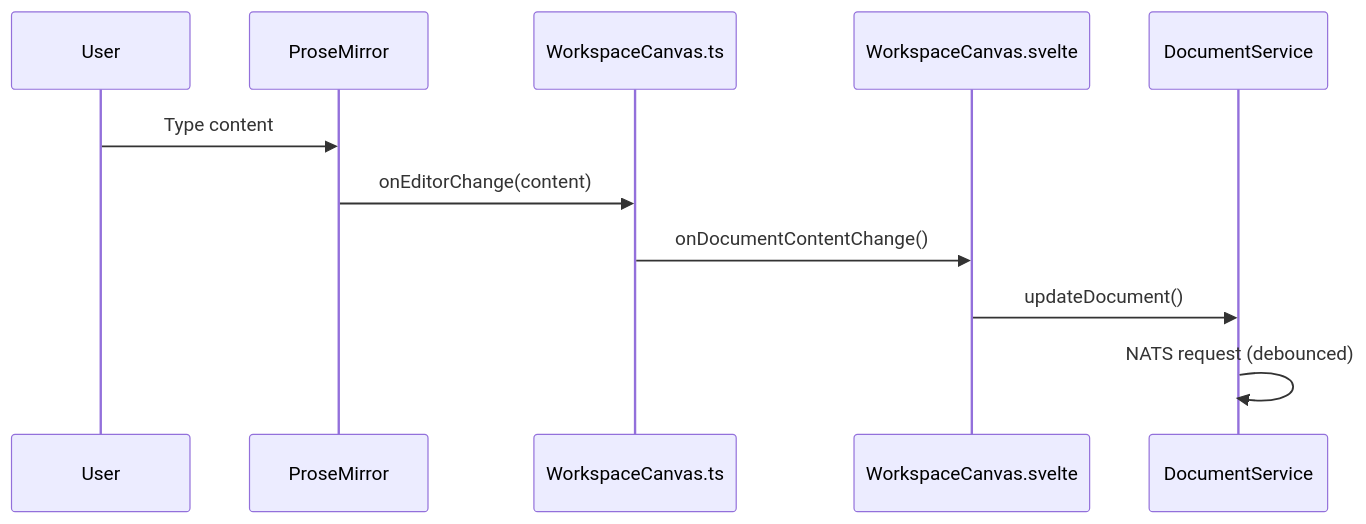
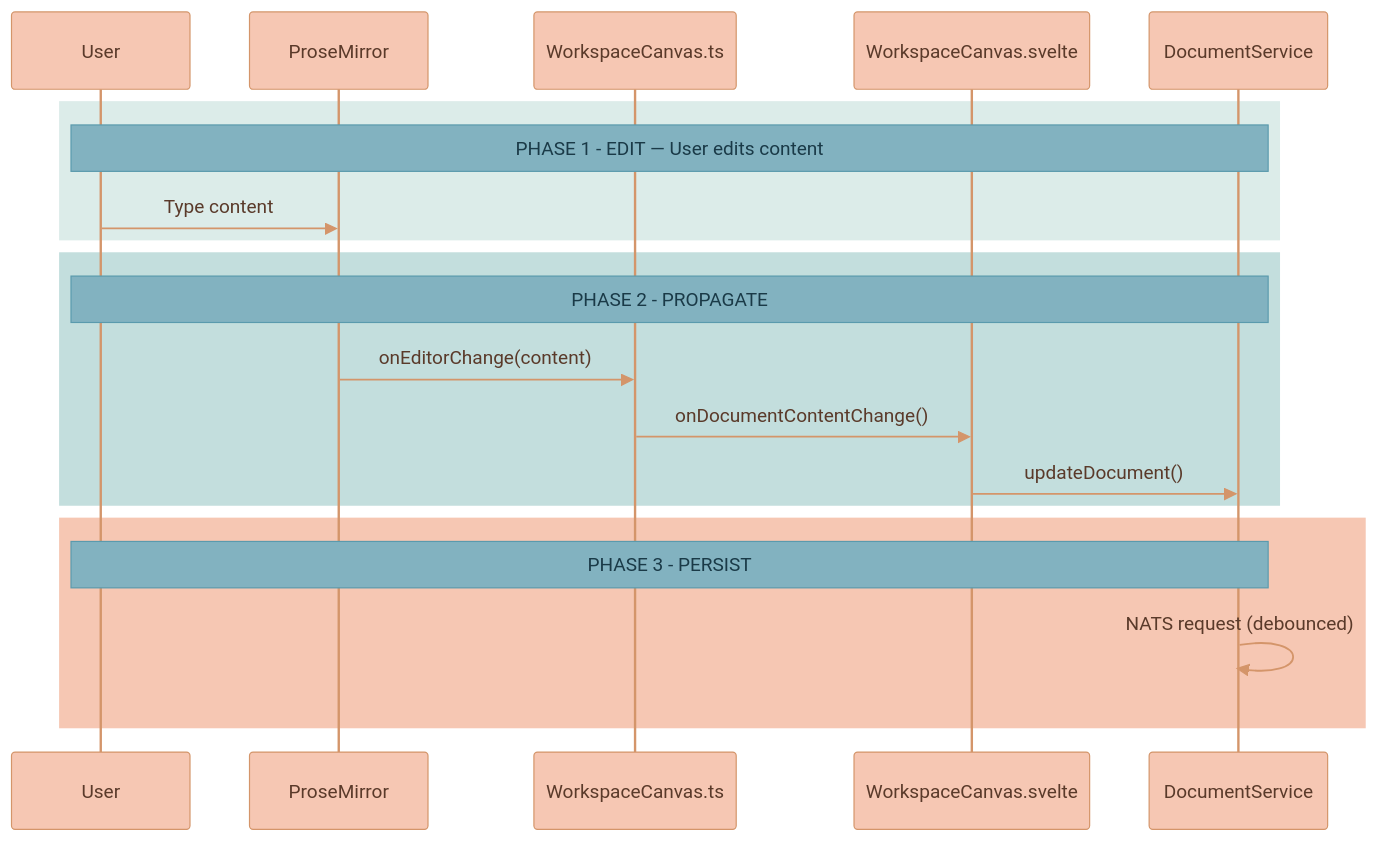
The sixth of 17 diagrams in documentation/features/WORKSPACE-FEATURE.md (Lixpi/lixpi), drawn with Mermaid before and after one commit. The commit also changed other lines of this file and 27 other files, not shown here.

````diff
--- a/documentation/features/WORKSPACE-FEATURE.md
+++ b/documentation/features/WORKSPACE-FEATURE.md
@@ -260,14 +345,34 @@
 ```mermaid
+%%{init: {'theme': 'base', 'themeVariables': { 'noteBkgColor': '#82B2C0', 'noteTextColor': '#1a3a47', 'noteBorderColor': '#5a9aad', 'actorBkg': '#F6C7B3', 'actorBorder': '#d4956a', 'actorTextColor': '#5a3a2a', 'actorLineColor': '#d4956a', 'signalColor': '#d4956a', 'signalTextColor': '#5a3a2a', 'labelBoxBkgColor': '#F6C7B3', 'labelBoxBorderColor': '#d4956a', 'labelTextColor': '#5a3a2a', 'loopTextColor': '#5a3a2a', 'activationBorderColor': '#d4956a', 'activationBkgColor': '#C3DEDD', 'sequenceNumberColor': '#5a3a2a'}}}%%
 sequenceDiagram
     participant User
     participant ProseMirror
     participant Canvas as WorkspaceCanvas.ts
     participant Svelte as WorkspaceCanvas.svelte
     participant DSvc as DocumentService
+    %% ═══════════════════════════════════════════════════════════════
+    %% PHASE 1: EDIT
+    %% ═══════════════════════════════════════════════════════════════
+    rect rgb(220, 236, 233)
+        Note over User, DSvc: PHASE 1 - EDIT — User edits content
+        User->>ProseMirror: Type content
+    end
 
-    User->>ProseMirror: Type content
-    ProseMirror->>Canvas: onEditorChange(content)
-    Canvas->>Svelte: onDocumentContentChange()
-    Svelte->>DSvc: updateDocument()
-    DSvc->>DSvc: NATS request (debounced)
+    %% ═══════════════════════════════════════════════════════════════
+    %% PHASE 2: PROPAGATE
+    %% ═══════════════════════════════════════════════════════════════
+    rect rgb(195, 222, 221)
+        Note over User, DSvc: PHASE 2 - PROPAGATE
+        ProseMirror->>Canvas: onEditorChange(content)
+        Canvas->>Svelte: onDocumentContentChange()
+        Svelte->>DSvc: updateDocument()
+    end
+
+    %% ═══════════════════════════════════════════════════════════════
+    %% PHASE 3: PERSIST
+    %% ═══════════════════════════════════════════════════════════════
+    rect rgb(246, 199, 179)
+        Note over User, DSvc: PHASE 3 - PERSIST
+        DSvc->>DSvc: NATS request (debounced)
+    end
 ```
````
